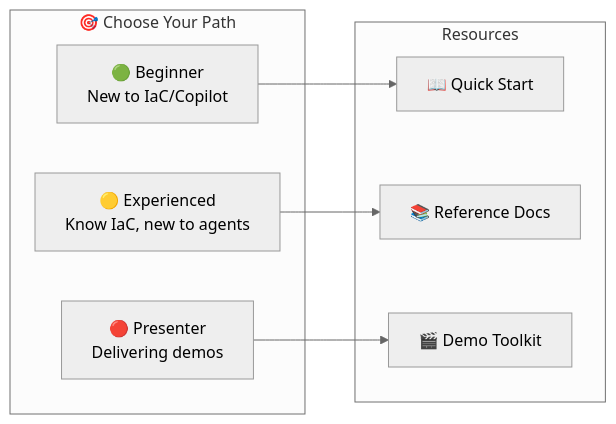
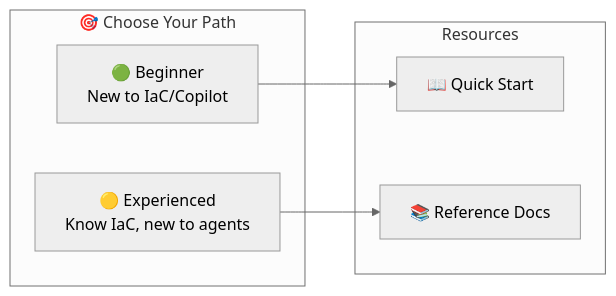
Before and after one commit to jonathan-vella/apex-accelerator: the diagram in docs/README.md, drawn with Mermaid. The commit also changed other lines of this file and 109 other files, not shown here.

````diff
--- a/docs/README.md
+++ b/docs/README.md
@@ -8,19 +8,16 @@
 ```mermaid
 %%{init: {'theme':'neutral'}}%%
 flowchart LR
     subgraph Start["🎯 Choose Your Path"]
         B["🟢 Beginner<br/>New to IaC/Copilot"]
         E["🟡 Experienced<br/>Know IaC, new to agents"]
-        P["🔴 Presenter<br/>Delivering demos"]
     end
 
     subgraph Resources
         QS["📖 Quick Start"]
         REF["📚 Reference Docs"]
-        DEMO["🎬 Demo Toolkit"]
     end
 
     B --> QS
     E --> REF
-    P --> DEMO
 ```
````
